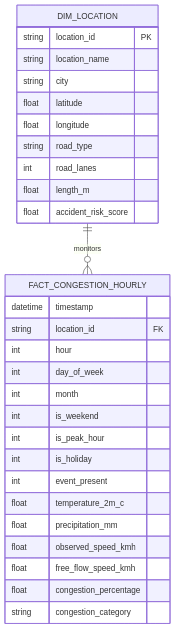
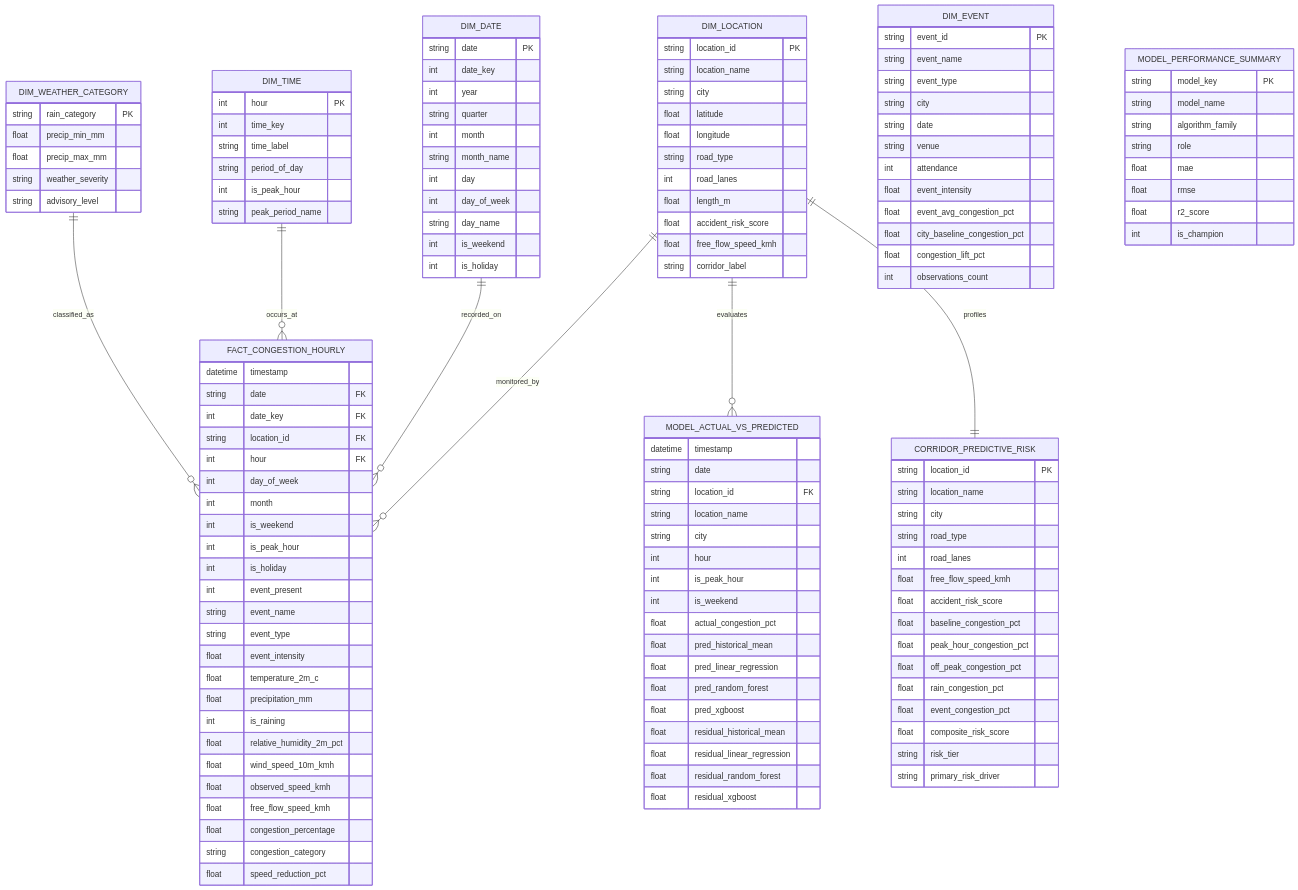
One commit to Sarthak1Developer/clear-route changed the diagram in powerbi/documentation/data_dictionary.md. Above: the diagram before and after it, drawn with Mermaid. The commit also changed other lines of this file and 35 other files, not shown here.

````diff
--- a/powerbi/documentation/data_dictionary.md
+++ b/powerbi/documentation/data_dictionary.md
@@ -7,7 +7,12 @@
 ```mermaid
 erDiagram
-    DIM_LOCATION ||--o{ FACT_CONGESTION_HOURLY : "monitors"
-    
+    DIM_LOCATION ||--o{ FACT_CONGESTION_HOURLY : "monitored_by"
+    DIM_DATE ||--o{ FACT_CONGESTION_HOURLY : "recorded_on"
+    DIM_TIME ||--o{ FACT_CONGESTION_HOURLY : "occurs_at"
+    DIM_WEATHER_CATEGORY ||--o{ FACT_CONGESTION_HOURLY : "classified_as"
+    DIM_LOCATION ||--o{ MODEL_ACTUAL_VS_PREDICTED : "evaluates"
+    DIM_LOCATION ||--|| CORRIDOR_PREDICTIVE_RISK : "profiles"
+
     DIM_LOCATION {
         string location_id PK
         string location_name
@@ -18,23 +23,129 @@
         int road_lanes
         float length_m
         float accident_risk_score
+        float free_flow_speed_kmh
+        string corridor_label
+    }
+
+    DIM_DATE {
+        string date PK
+        int date_key
+        int year
+        string quarter
+        int month
+        string month_name
+        int day
+        int day_of_week
+        string day_name
+        int is_weekend
+        int is_holiday
+    }
+
+    DIM_TIME {
+        int hour PK
+        int time_key
+        string time_label
+        string period_of_day
+        int is_peak_hour
+        string peak_period_name
+    }
+
+    DIM_EVENT {
+        string event_id PK
+        string event_name
+        string event_type
+        string city
+        string date
+        string venue
+        int attendance
+        float event_intensity
+        float event_avg_congestion_pct
+        float city_baseline_congestion_pct
+        float congestion_lift_pct
+        int observations_count
+    }
+
+    DIM_WEATHER_CATEGORY {
+        string rain_category PK
+        float precip_min_mm
+        float precip_max_mm
+        string weather_severity
+        string advisory_level
     }
 
     FACT_CONGESTION_HOURLY {
         datetime timestamp
+        string date FK
+        int date_key FK
         string location_id FK
-        int hour
+        int hour FK
         int day_of_week
         int month
         int is_weekend
         int is_peak_hour
         int is_holiday
         int event_present
+        string event_name
+        string event_type
+        float event_intensity
         float temperature_2m_c
         float precipitation_mm
+        int is_raining
+        float relative_humidity_2m_pct
+        float wind_speed_10m_kmh
         float observed_speed_kmh
         float free_flow_speed_kmh
         float congestion_percentage
         string congestion_category
+        float speed_reduction_pct
+    }
+
+    MODEL_PERFORMANCE_SUMMARY {
+        string model_key PK
+        string model_name
+        string algorithm_family
+        string role
+        float mae
+        float rmse
+        float r2_score
+        int is_champion
+    }
+
+    MODEL_ACTUAL_VS_PREDICTED {
+        datetime timestamp
+        string date
+        string location_id FK
+        string location_name
+        string city
+        int hour
+        int is_peak_hour
+        int is_weekend
+        float actual_congestion_pct
+        float pred_historical_mean
+        float pred_linear_regression
+        float pred_random_forest
+        float pred_xgboost
+        float residual_historical_mean
+        float residual_linear_regression
+        float residual_random_forest
+        float residual_xgboost
+    }
+
+    CORRIDOR_PREDICTIVE_RISK {
+        string location_id PK
+        string location_name
+        string city
+        string road_type
+        int road_lanes
+        float free_flow_speed_kmh
+        float accident_risk_score
+        float baseline_congestion_pct
+        float peak_hour_congestion_pct
+        float off_peak_congestion_pct
+        float rain_congestion_pct
+        float event_congestion_pct
+        float composite_risk_score
+        string risk_tier
+        string primary_risk_driver
     }
 ```
````
